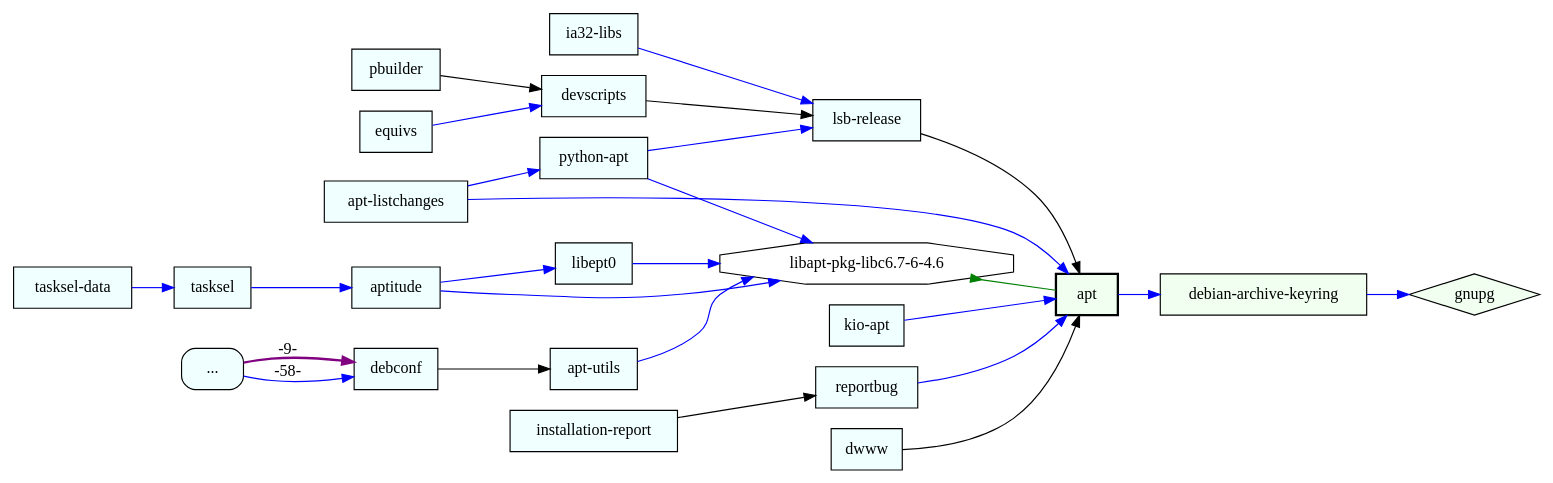
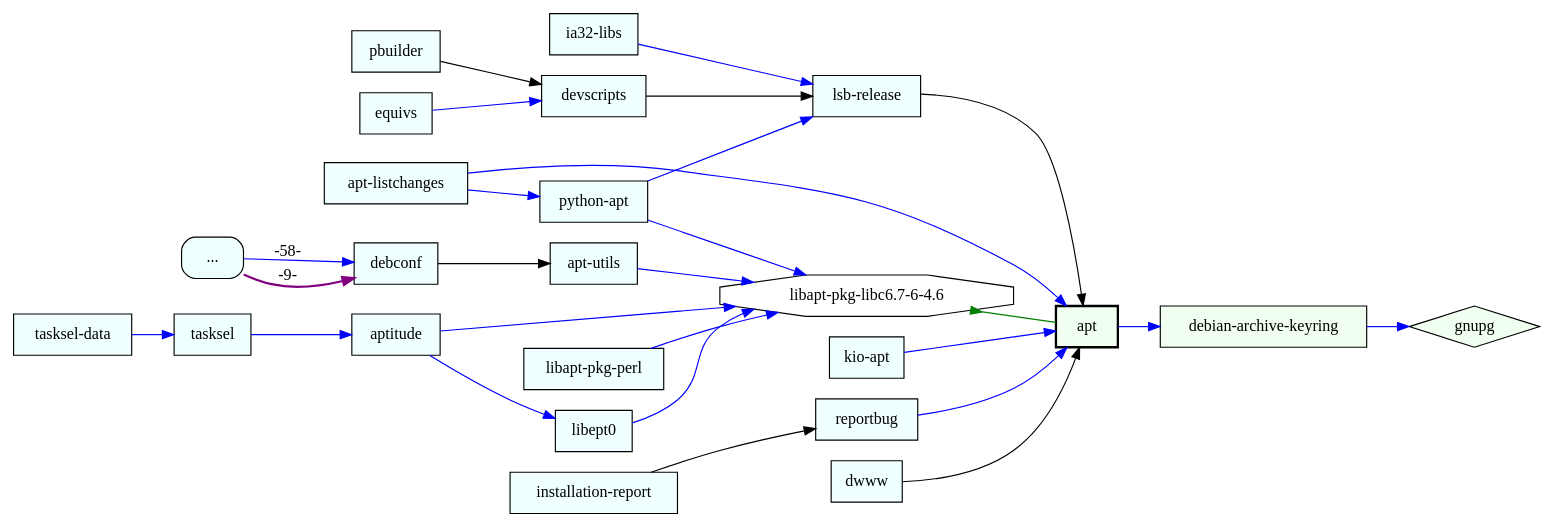
The diagram in testset/usage4.dot (juandesant/debtree), drawn with Graphviz before and after one commit. The commit also changed 2 other files, not shown here.

```diff
--- a/testset/usage4.dot
+++ b/testset/usage4.dot
@@ -1,54 +1,56 @@
 digraph "apt" {
 	rankdir=LR;
 	node [shape=box];
 	"apt" -> "debian-archive-keyring" [color=blue];
 	"debian-archive-keyring" -> "gnupg" [color=blue];
 	"debian-archive-keyring" [style=filled,fillcolor=honeydew];
 	"libapt-pkg-libc6.7-6-4.6" -> "apt" [dir=back,arrowtail=inv,color=green];
 	"libapt-pkg-libc6.7-6-4.6" [shape=octagon];
 	"apt-listchanges" -> "apt" [color=blue];
 	"kio-apt" -> "apt" [color=blue];
 	"reportbug" -> "apt" [color=blue];
 	"dwww" -> "apt";
 	"lsb-release" -> "apt";
 	"apt-listchanges" [style=filled,fillcolor=azure];
 	"kio-apt" [style=filled,fillcolor=azure];
 	"reportbug" [style=filled,fillcolor=azure];
 	"installation-report" -> "reportbug";
 	"installation-report" [style=filled,fillcolor=azure];
 	"dwww" [style=filled,fillcolor=azure];
 	"lsb-release" [style=filled,fillcolor=azure];
 	"ia32-libs" -> "lsb-release" [color=blue];
 	"python-apt" -> "lsb-release" [color=blue];
 	"devscripts" -> "lsb-release";
 	"ia32-libs" [style=filled,fillcolor=azure];
 	"python-apt" [style=filled,fillcolor=azure];
 	"apt-listchanges" -> "python-apt" [color=blue];
 	"devscripts" [style=filled,fillcolor=azure];
 	"equivs" -> "devscripts" [color=blue];
 	"pbuilder" -> "devscripts";
 	"equivs" [style=filled,fillcolor=azure];
 	"pbuilder" [style=filled,fillcolor=azure];
 	"apt-utils" -> "libapt-pkg-libc6.7-6-4.6" [color=blue];
 	"aptitude" -> "libapt-pkg-libc6.7-6-4.6" [color=blue];
+	"libapt-pkg-perl" -> "libapt-pkg-libc6.7-6-4.6" [color=blue];
 	"libept0" -> "libapt-pkg-libc6.7-6-4.6" [color=blue];
 	"python-apt" -> "libapt-pkg-libc6.7-6-4.6" [color=blue];
 	"apt-utils" [style=filled,fillcolor=azure];
 	"debconf" -> "apt-utils";
 	"debconf" [style=filled,fillcolor=azure];
 	"RD_debconf" -> "debconf"  [label="-9-",color=purple,style=bold];
 	"RD_debconf" -> "debconf"  [label="-58-",color=blue];
 	"RD_debconf" [label="...",style="rounded,filled",fillcolor=azure];
 	"aptitude" [style=filled,fillcolor=azure];
 	"tasksel" -> "aptitude" [color=blue];
 	"tasksel" [style=filled,fillcolor=azure];
 	"tasksel-data" -> "tasksel" [color=blue];
 	"tasksel-data" [style=filled,fillcolor=azure];
+	"libapt-pkg-perl" [style=filled,fillcolor=azure];
 	"libept0" [style=filled,fillcolor=azure];
 	"aptitude" -> "libept0" [color=blue];
 	"apt" [style="setlinewidth(2),filled",fillcolor=honeydew];
 	"gnupg" [shape=diamond];
 	"gnupg" [style=filled,fillcolor=honeydew];
 }
 // Excluded dependencies:
 // libc6 libgcc1 libstdc++6
```
